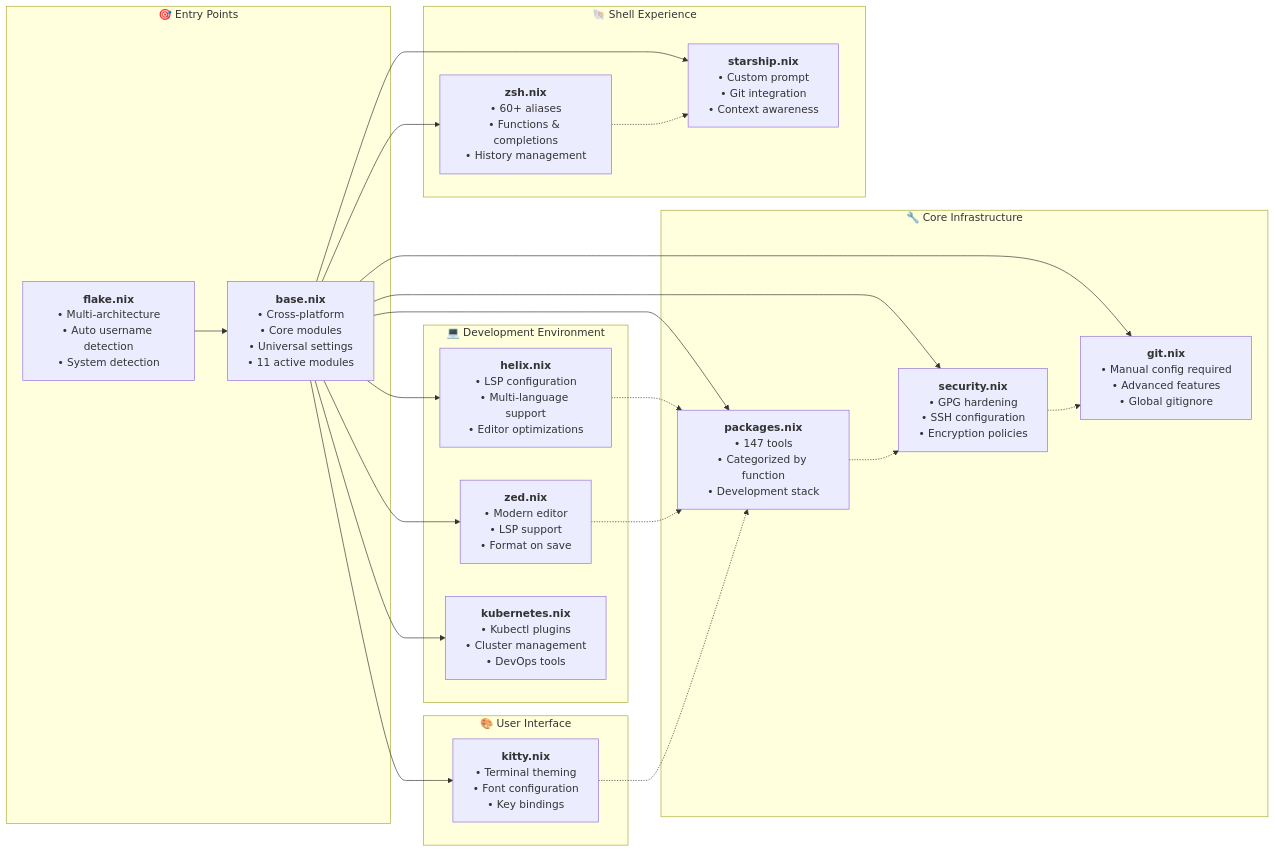
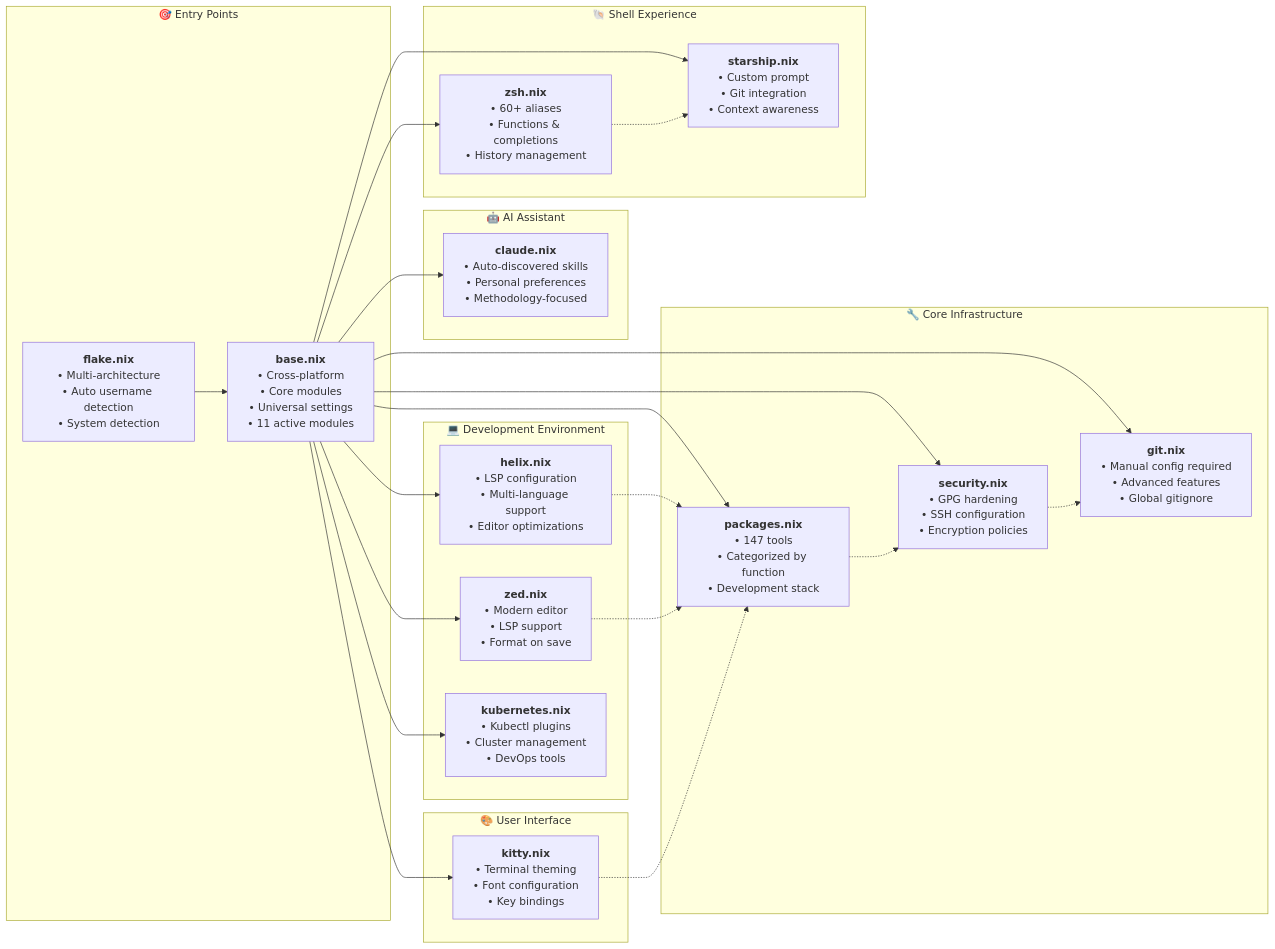
Before and after one commit to pampatzoglou/home-manager: the third of 8 diagrams in docs/ARCHITECTURE.md, drawn with Mermaid. The commit also changed other lines of this file and 17 other files, not shown here.

```diff
--- a/docs/ARCHITECTURE.md
+++ b/docs/ARCHITECTURE.md
@@ -182,6 +185,13 @@
         • Context awareness`"]
     end
 
+    subgraph "🤖 AI Assistant"
+        claude["`**claude.nix**
+        • Auto-discovered skills
+        • Personal preferences
+        • Methodology-focused`"]
+    end
+
     subgraph "🎨 User Interface"
         kitty["`**kitty.nix**
         • Terminal theming
@@ -198,6 +208,7 @@
     base --> k8s
     base --> zsh
     base --> starship
+    base --> claude
     base --> kitty
 
     packages -.-> security
```
